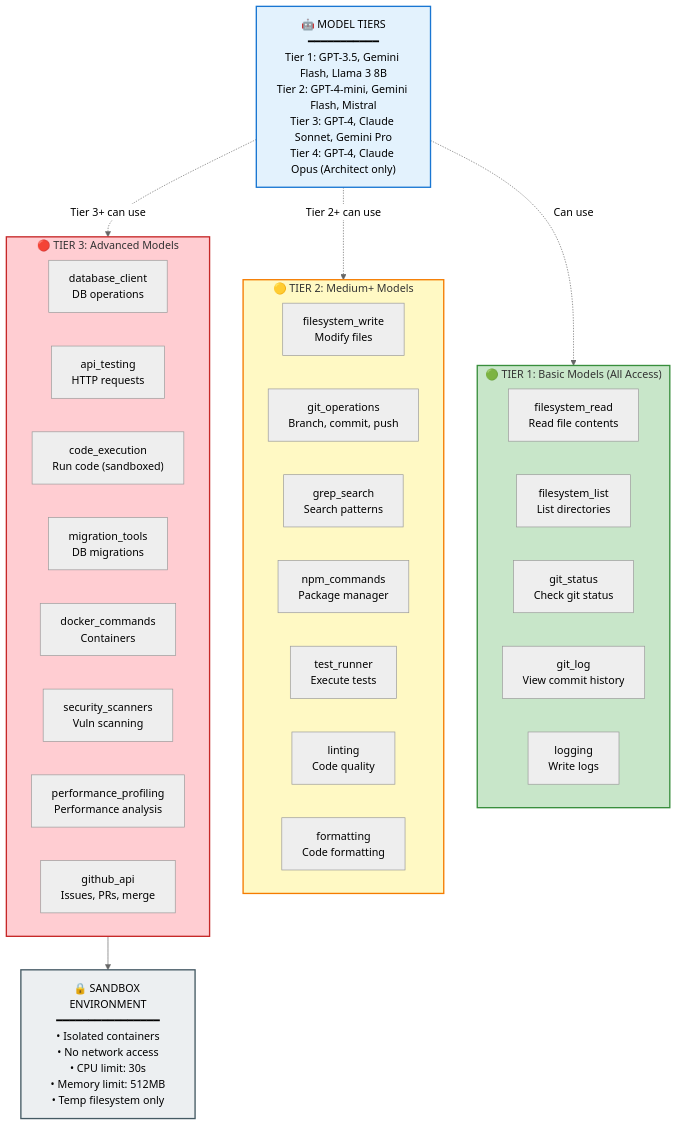
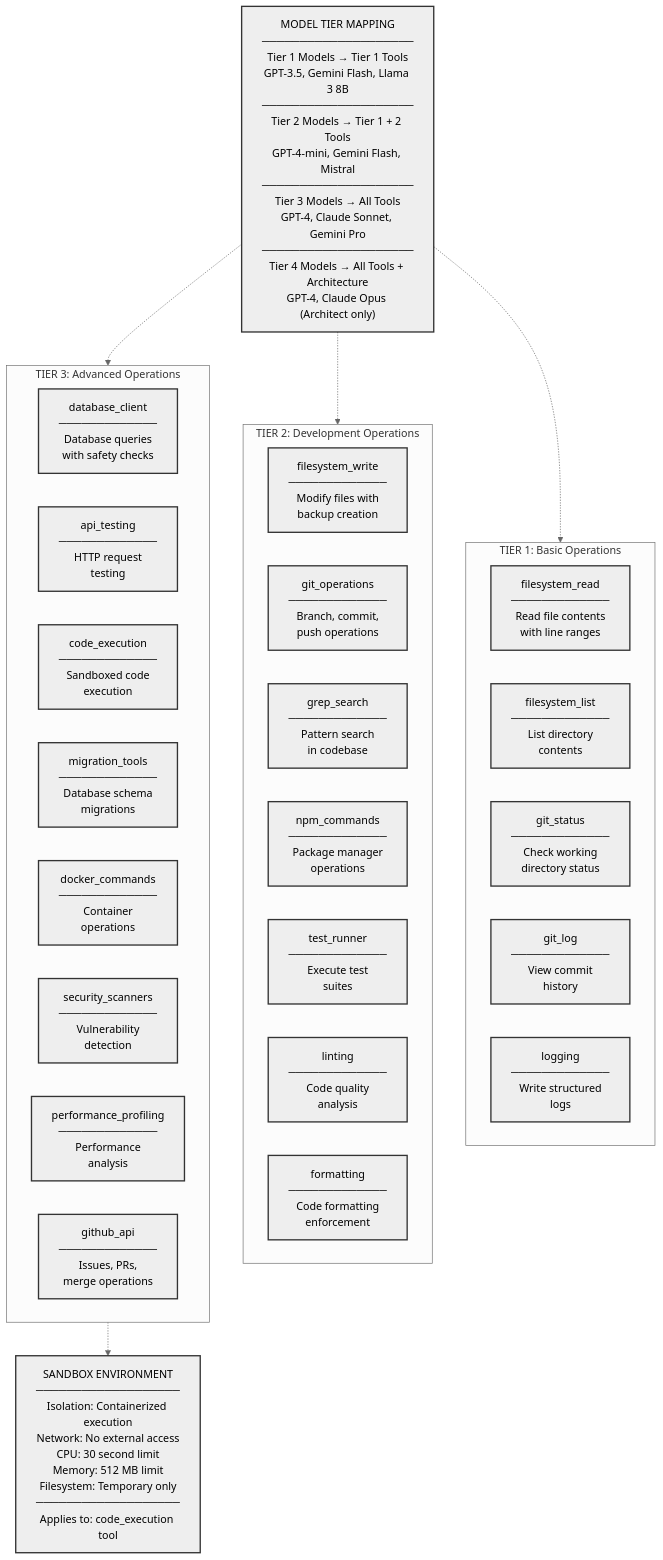
The seventh of 10 diagrams in README.md (MRiARC/ai-coding-harness), drawn with Mermaid (neutral theme) before and after one commit. The commit also changed other lines of this file, not shown here.

Commit message:
Refactor: Professional B&W diagrams with improved clarity and structure

````diff
--- a/README.md
+++ b/README.md
@@ -301,47 +327,42 @@
 ```mermaid
 graph TB
-    subgraph Tier1["🟢 TIER 1: Basic Models (All Access)"]
-        T1_1["filesystem_read<br/>Read file contents"]
-        T1_2["filesystem_list<br/>List directories"]
-        T1_3["git_status<br/>Check git status"]
-        T1_4["git_log<br/>View commit history"]
-        T1_5["logging<br/>Write logs"]
+    subgraph Tier1["TIER 1: Basic Operations"]
+        T1_1["filesystem_read<br/>─────────────<br/>Read file contents<br/>with line ranges"]
+        T1_2["filesystem_list<br/>─────────────<br/>List directory<br/>contents"]
+        T1_3["git_status<br/>─────────────<br/>Check working<br/>directory status"]
+        T1_4["git_log<br/>─────────────<br/>View commit<br/>history"]
+        T1_5["logging<br/>─────────────<br/>Write structured<br/>logs"]
     end
     
-    subgraph Tier2["🟡 TIER 2: Medium+ Models"]
-        T2_1["filesystem_write<br/>Modify files"]
-        T2_2["git_operations<br/>Branch, commit, push"]
-        T2_3["grep_search<br/>Search patterns"]
-        T2_4["npm_commands<br/>Package manager"]
-        T2_5["test_runner<br/>Execute tests"]
-        T2_6["linting<br/>Code quality"]
-        T2_7["formatting<br/>Code formatting"]
+    subgraph Tier2["TIER 2: Development Operations"]
+        T2_1["filesystem_write<br/>─────────────<br/>Modify files with<br/>backup creation"]
+        T2_2["git_operations<br/>─────────────<br/>Branch, commit,<br/>push operations"]
+        T2_3["grep_search<br/>─────────────<br/>Pattern search<br/>in codebase"]
+        T2_4["npm_commands<br/>─────────────<br/>Package manager<br/>operations"]
+        T2_5["test_runner<br/>─────────────<br/>Execute test<br/>suites"]
+        T2_6["linting<br/>─────────────<br/>Code quality<br/>analysis"]
+        T2_7["formatting<br/>─────────────<br/>Code formatting<br/>enforcement"]
     end
     
-    subgraph Tier3["🔴 TIER 3: Advanced Models"]
-        T3_1["database_client<br/>DB operations"]
-        T3_2["api_testing<br/>HTTP requests"]
-        T3_3["code_execution<br/>Run code (sandboxed)"]
-        T3_4["migration_tools<br/>DB migrations"]
-        T3_5["docker_commands<br/>Containers"]
-        T3_6["security_scanners<br/>Vuln scanning"]
-        T3_7["performance_profiling<br/>Performance analysis"]
-        T3_8["github_api<br/>Issues, PRs, merge"]
+    subgraph Tier3["TIER 3: Advanced Operations"]
+        T3_1["database_client<br/>─────────────<br/>Database queries<br/>with safety checks"]
+        T3_2["api_testing<br/>─────────────<br/>HTTP request<br/>testing"]
+        T3_3["code_execution<br/>─────────────<br/>Sandboxed code<br/>execution"]
+        T3_4["migration_tools<br/>─────────────<br/>Database schema<br/>migrations"]
+        T3_5["docker_commands<br/>─────────────<br/>Container<br/>operations"]
+        T3_6["security_scanners<br/>─────────────<br/>Vulnerability<br/>detection"]
+        T3_7["performance_profiling<br/>─────────────<br/>Performance<br/>analysis"]
+        T3_8["github_api<br/>─────────────<br/>Issues, PRs,<br/>merge operations"]
     end
     
-    Models["🤖 MODEL TIERS<br/>━━━━━━━━━━━<br/>Tier 1: GPT-3.5, Gemini Flash, Llama 3 8B<br/>Tier 2: GPT-4-mini, Gemini Flash, Mistral<br/>Tier 3: GPT-4, Claude Sonnet, Gemini Pro<br/>Tier 4: GPT-4, Claude Opus (Architect only)"]
+    Models["MODEL TIER MAPPING<br/>────────────────────<br/>Tier 1 Models → Tier 1 Tools<br/>GPT-3.5, Gemini Flash, Llama 3 8B<br/>────────────────────<br/>Tier 2 Models → Tier 1 + 2 Tools<br/>GPT-4-mini, Gemini Flash, Mistral<br/>────────────────────<br/>Tier 3 Models → All Tools<br/>GPT-4, Claude Sonnet, Gemini Pro<br/>────────────────────<br/>Tier 4 Models → All Tools + Architecture<br/>GPT-4, Claude Opus (Architect only)"]
     
-    Sandbox["🔒 SANDBOX ENVIRONMENT<br/>━━━━━━━━━━━━━━━━<br/>• Isolated containers<br/>• No network access<br/>• CPU limit: 30s<br/>• Memory limit: 512MB<br/>• Temp filesystem only"]
+    Sandbox["SANDBOX ENVIRONMENT<br/>───────────────────<br/>Isolation: Containerized execution<br/>Network: No external access<br/>CPU: 30 second limit<br/>Memory: 512 MB limit<br/>Filesystem: Temporary only<br/>───────────────────<br/>Applies to: code_execution tool"]
     
-    Models -.->|Can use| Tier1
-    Models -.->|Tier 2+ can use| Tier2
-    Models -.->|Tier 3+ can use| Tier3
+    Models -.-> Tier1
+    Models -.-> Tier2
+    Models -.-> Tier3
+    Tier3 -.-> Sandbox
     
-    Tier3 --> Sandbox
-    
-    style Tier1 fill:#C8E6C9,stroke:#388E3C,stroke-width:2px
-    style Tier2 fill:#FFF9C4,stroke:#F57C00,stroke-width:2px
-    style Tier3 fill:#FFCDD2,stroke:#C62828,stroke-width:2px
-    style Models fill:#E3F2FD,stroke:#1976D2,stroke-width:2px
-    style Sandbox fill:#ECEFF1,stroke:#455A64,stroke-width:2px
+    classDef default stroke:#333,stroke-width:2px
 ```
````
